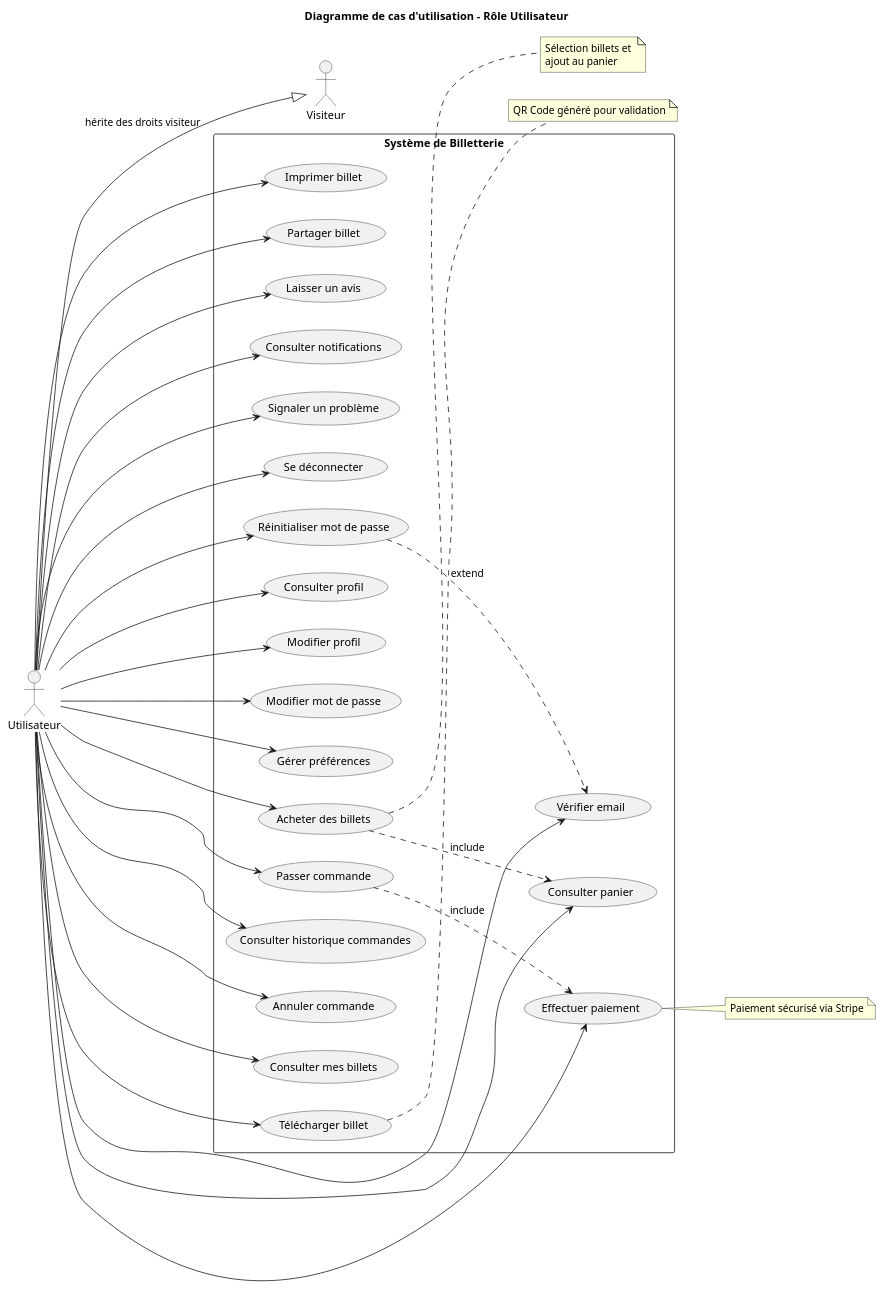
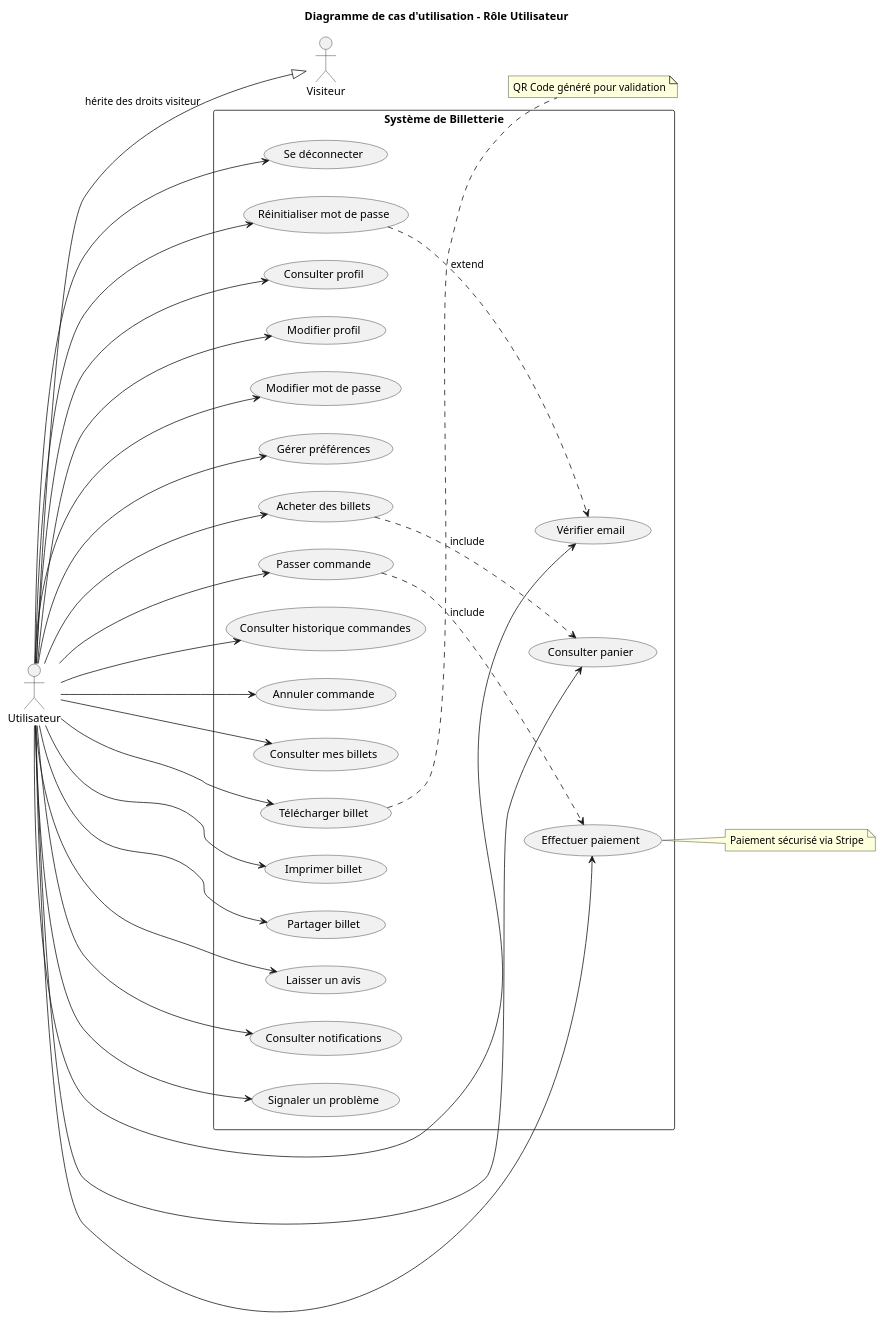
Before and after one commit to CorentinCoulet/M-C-Billetterie: the diagram in diagrams/use-cases/use-cases-user.puml, drawn with PlantUML. The commit also changed 36 other files, not shown here.

```diff
--- a/diagrams/use-cases/use-cases-user.puml
+++ b/diagrams/use-cases/use-cases-user.puml
@@ -1,85 +1,80 @@
 @startuml "Diagramme de cas d'utilisation - Utilisateur"
 
 title Diagramme de cas d'utilisation - Rôle Utilisateur
 
 left to right direction
 
 actor "Utilisateur" as User
 actor "Visiteur" as Visitor
 
 rectangle "Système de Billetterie" {
   ' Authentification et session
   usecase "Se déconnecter" as UC1
   usecase "Réinitialiser mot de passe" as UC2
   usecase "Vérifier email" as UC3
   
   ' Gestion du profil
   usecase "Consulter profil" as UC4
   usecase "Modifier profil" as UC5
   usecase "Modifier mot de passe" as UC6
   usecase "Gérer préférences" as UC7
   
   ' Achat et commandes
   usecase "Acheter des billets" as UC8
   usecase "Consulter panier" as UC9
   usecase "Passer commande" as UC10
   usecase "Effectuer paiement" as UC11
   usecase "Consulter historique commandes" as UC12
   usecase "Annuler commande" as UC13
   
   ' Gestion des billets
   usecase "Consulter mes billets" as UC14
   usecase "Télécharger billet" as UC15
   usecase "Imprimer billet" as UC16
   usecase "Partager billet" as UC17
   
   ' Interaction et communication
   usecase "Laisser un avis" as UC18
   usecase "Consulter notifications" as UC19
   usecase "Signaler un problème" as UC20
 }
 
 ' Relations pour les utilisateurs connectés
 User --> UC1
 User --> UC2
 User --> UC3
 User --> UC4
 User --> UC5
 User --> UC6
 User --> UC7
 User --> UC8
 User --> UC9
 User --> UC10
 User --> UC11
 User --> UC12
 User --> UC13
 User --> UC14
 User --> UC15
 User --> UC16
 User --> UC17
 User --> UC18
 User --> UC19
 User --> UC20
 
 ' Héritage simplifié
 User --|> Visitor : hérite des droits visiteur
 
 ' Relations d'inclusion et d'extension
 UC8 ..> UC9 : include
 UC10 ..> UC11 : include
 UC2 ..> UC3 : extend
 
 note right of UC11
   Paiement sécurisé via Stripe
 end note
 
 note right of UC15
   QR Code généré pour validation
 end note
 
-note right of UC8
-  Sélection billets et 
-  ajout au panier
-end note
-
 @enduml
```
